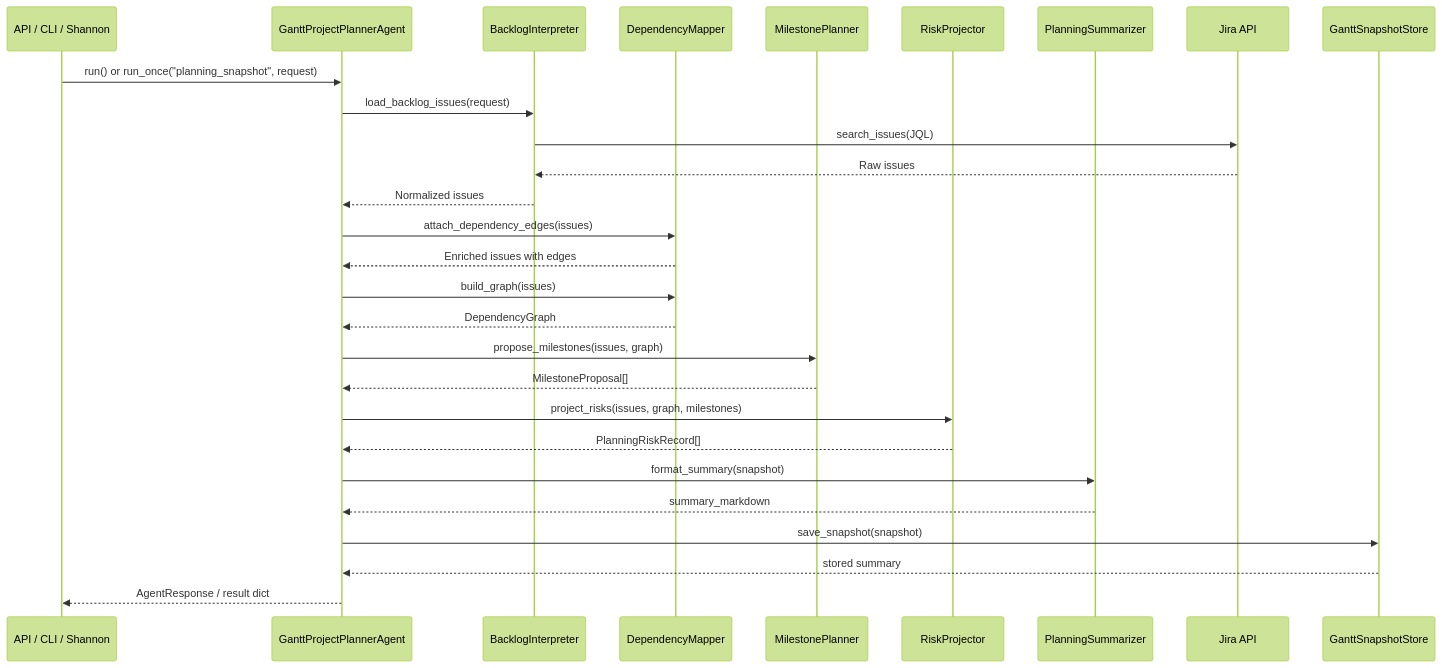
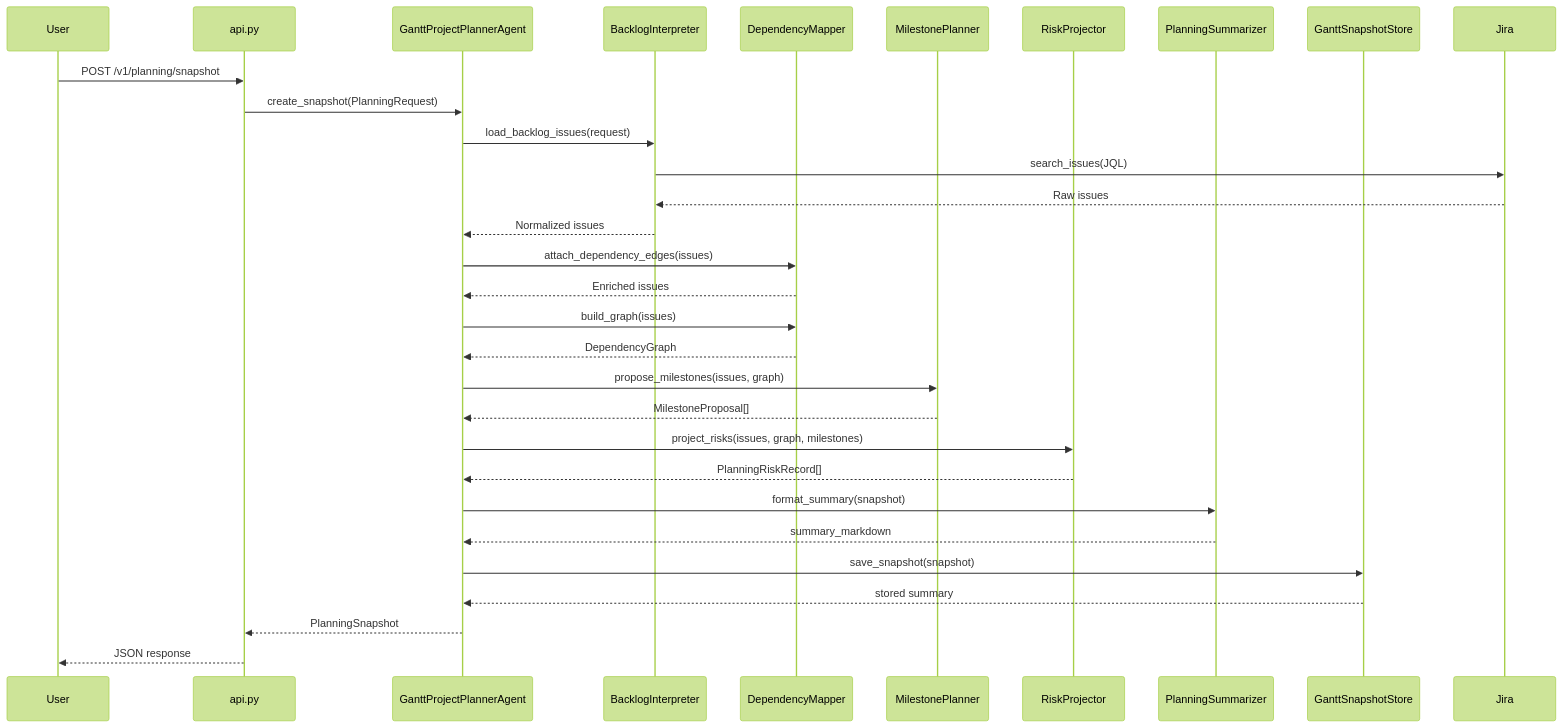
Before and after one commit to jmac-cornelis/agent-workforce: the second of 4 diagrams in docs/agents-gantt.md, drawn with Mermaid (forest theme). The commit also changed other lines of this file and 7 other files, not shown here.

````diff
--- a/docs/agents-gantt.md
+++ b/docs/agents-gantt.md
@@ -77,31 +75,34 @@
 ```mermaid
 sequenceDiagram
-    participant Caller as API / CLI / Shannon
+    participant User
+    participant API as api.py
     participant Agent as GanttProjectPlannerAgent
     participant BI as BacklogInterpreter
     participant DM as DependencyMapper
     participant MP as MilestonePlanner
     participant RP as RiskProjector
     participant PS as PlanningSummarizer
-    participant Jira as Jira API
     participant Store as GanttSnapshotStore
+    participant Jira
 
-    Caller->>Agent: run() or run_once("planning_snapshot", request)
+    User->>API: POST /v1/planning/snapshot
+    API->>Agent: create_snapshot(PlanningRequest)
     Agent->>BI: load_backlog_issues(request)
     BI->>Jira: search_issues(JQL)
     Jira-->>BI: Raw issues
     BI-->>Agent: Normalized issues
     Agent->>DM: attach_dependency_edges(issues)
-    DM-->>Agent: Enriched issues with edges
+    DM-->>Agent: Enriched issues
     Agent->>DM: build_graph(issues)
     DM-->>Agent: DependencyGraph
     Agent->>MP: propose_milestones(issues, graph)
     MP-->>Agent: MilestoneProposal[]
     Agent->>RP: project_risks(issues, graph, milestones)
     RP-->>Agent: PlanningRiskRecord[]
     Agent->>PS: format_summary(snapshot)
     PS-->>Agent: summary_markdown
     Agent->>Store: save_snapshot(snapshot)
     Store-->>Agent: stored summary
-    Agent-->>Caller: AgentResponse / result dict
+    Agent-->>API: PlanningSnapshot
+    API-->>User: JSON response
 ```
````
